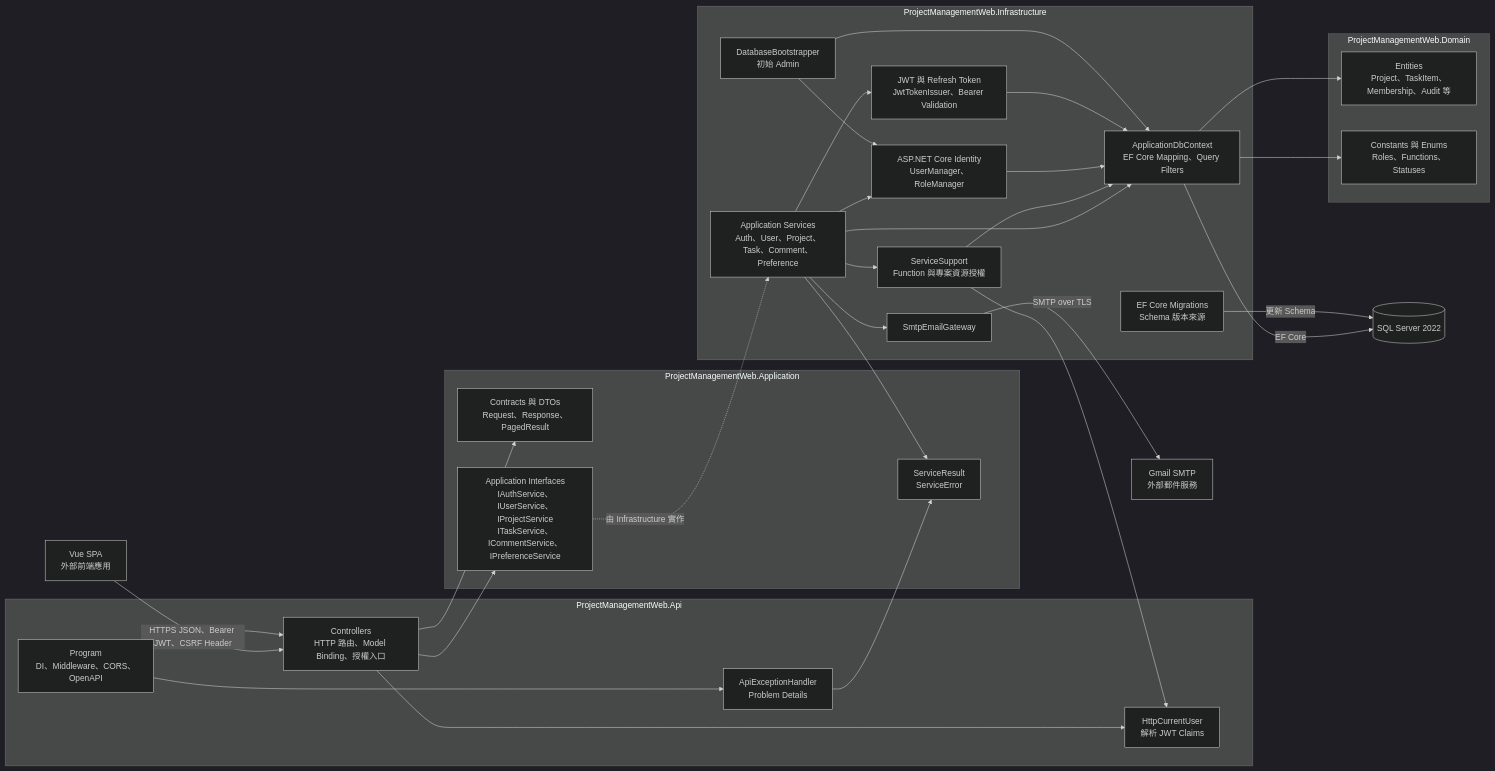
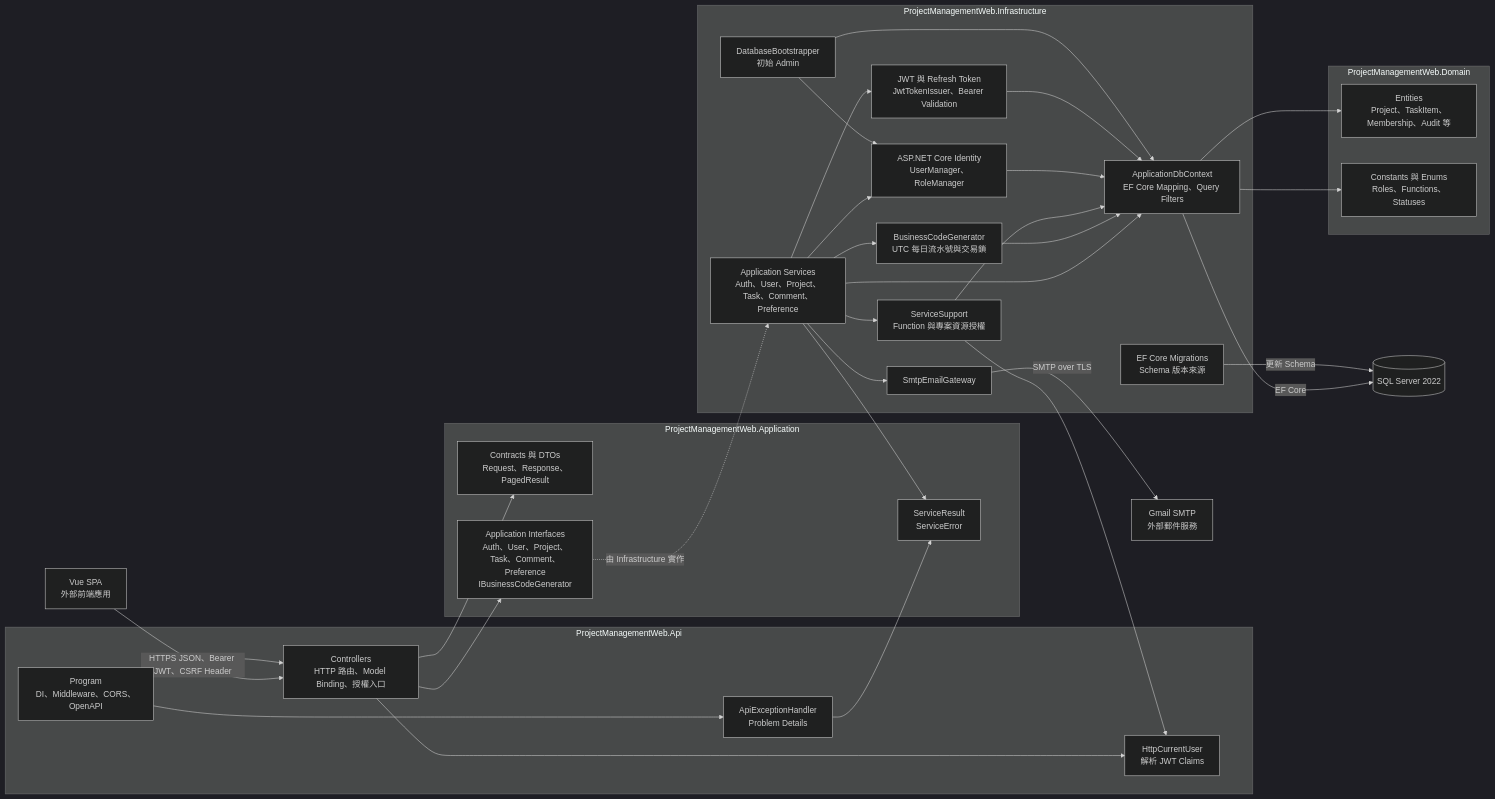
Before and after one commit to JJDing-Louis/ProjectManagementWeb_BackEnd: the first of 4 diagrams in docs/Architecture.md, drawn with Mermaid (dark theme). The commit also changed other lines of this file and 31 other files, not shown here.

````diff
--- a/docs/Architecture.md
+++ b/docs/Architecture.md
@@ -7,61 +7,64 @@
 ```mermaid
 flowchart LR
     spa[Vue SPA<br/>外部前端應用]
     smtp[Gmail SMTP<br/>外部郵件服務]
     sql[(SQL Server 2022)]
 
     subgraph api[ProjectManagementWeb.Api]
         program[Program<br/>DI、Middleware、CORS、OpenAPI]
         controllers[Controllers<br/>HTTP 路由、Model Binding、授權入口]
         exceptionHandler[ApiExceptionHandler<br/>Problem Details]
         currentUser[HttpCurrentUser<br/>解析 JWT Claims]
     end
 
     subgraph application[ProjectManagementWeb.Application]
         contracts[Contracts 與 DTOs<br/>Request、Response、PagedResult]
-        ports[Application Interfaces<br/>IAuthService、IUserService、IProjectService<br/>ITaskService、ICommentService、IPreferenceService]
+        ports[Application Interfaces<br/>Auth、User、Project、Task、Comment、Preference<br/>IBusinessCodeGenerator]
         results[ServiceResult<br/>ServiceError]
     end
 
     subgraph infrastructure[ProjectManagementWeb.Infrastructure]
         services[Application Services<br/>Auth、User、Project、Task、Comment、Preference]
         support[ServiceSupport<br/>Function 與專案資源授權]
         identity[ASP.NET Core Identity<br/>UserManager、RoleManager]
         token[JWT 與 Refresh Token<br/>JwtTokenIssuer、Bearer Validation]
         email[SmtpEmailGateway]
         dbContext[ApplicationDbContext<br/>EF Core Mapping、Query Filters]
         migrations[EF Core Migrations<br/>Schema 版本來源]
         bootstrap[DatabaseBootstrapper<br/>初始 Admin]
+        codeGenerator[BusinessCodeGenerator<br/>UTC 每日流水號與交易鎖]
     end
 
     subgraph domain[ProjectManagementWeb.Domain]
         entities[Entities<br/>Project、TaskItem、Membership、Audit 等]
         policyData[Constants 與 Enums<br/>Roles、Functions、Statuses]
     end
 
     spa -->|HTTPS JSON、Bearer JWT、CSRF Header| controllers
     program --> controllers
     program --> exceptionHandler
     controllers --> ports
     controllers --> contracts
     controllers --> currentUser
     exceptionHandler --> results
     ports -.由 Infrastructure 實作.-> services
     services --> results
     services --> support
     services --> identity
     services --> token
     services --> email
     services --> dbContext
+    services --> codeGenerator
+    codeGenerator --> dbContext
     support --> currentUser
     support --> dbContext
     identity --> dbContext
     token --> dbContext
     email -->|SMTP over TLS| smtp
     dbContext --> entities
     dbContext --> policyData
     dbContext -->|EF Core| sql
     migrations -->|更新 Schema| sql
     bootstrap --> identity
     bootstrap --> dbContext
 ```
````
